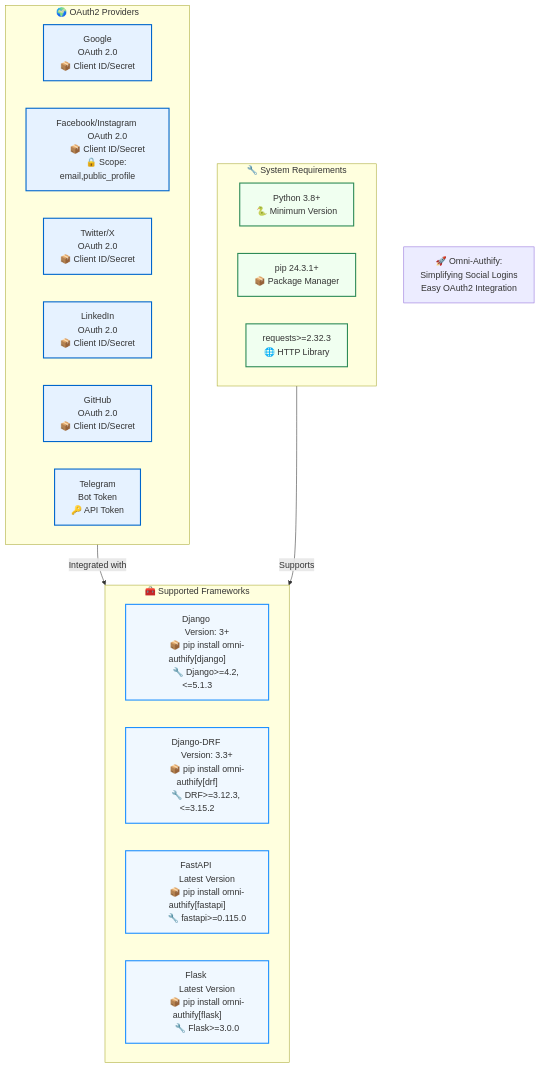
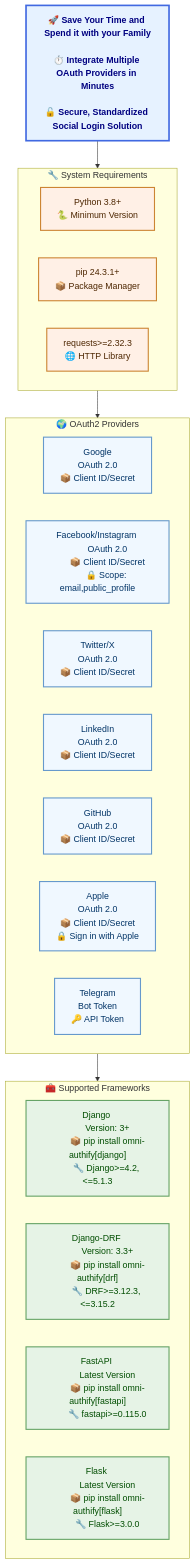
One commit to Omni-Libraries/omni-authify changed the diagram in README.md. Above: the diagram before and after it, drawn with Mermaid. The commit also changed 7 other files, not shown here.

Commit message:
Updated the block diagram for more readability

````diff
--- a/README.md
+++ b/README.md
@@ -33,73 +33,77 @@
 ```mermaid
 flowchart TD
+    %% Value Proposition
+    valueProposition["🚀 Save Your Time and Spend it with your Family
+    <br/>⏱️ Integrate Multiple OAuth Providers in Minutes
+    <br/>🔓 Secure, Standardized Social Login Solution"]
+
+    %% System Requirements
+    subgraph Requirements ["🔧 System Requirements"]
+        python[" Python 3.8+
+        🐍 Minimum Version"]
+        pip[" pip 24.3.1+
+        📦 Package Manager"]
+        requests[" requests>=2.32.3
+        🌐 HTTP Library"]
+    end
     %% Providers Subgraph
     subgraph Providers ["🌍 OAuth2 Providers"]
         google[" Google 
         OAuth 2.0
         📦 Client ID/Secret"]
         facebook[" Facebook/Instagram 
         OAuth 2.0
         📦 Client ID/Secret
         🔒 Scope: email,public_profile"]
         twitter[" Twitter/X 
         OAuth 2.0
         📦 Client ID/Secret"]
         linkedin[" LinkedIn 
         OAuth 2.0
         📦 Client ID/Secret"]
         github[" GitHub 
         OAuth 2.0
         📦 Client ID/Secret"]
+        apple[" Apple 
+        OAuth 2.0
+        📦 Client ID/Secret
+        🔒 Sign in with Apple"]
         telegram[" Telegram 
         Bot Token
         🔑 API Token"]
     end
-
     %% Frameworks Subgraph
     subgraph Frameworks ["🧰 Supported Frameworks"]
         django[" Django 
         Version: 3+
         📦 pip install omni-authify[django]
         🔧 Django>=4.2, <=5.1.3"]
         djangoDRF[" Django-DRF 
         Version: 3.3+
         📦 pip install omni-authify[drf]
         🔧 DRF>=3.12.3, <=3.15.2"]
         fastapi[" FastAPI 
         Latest Version
         📦 pip install omni-authify[fastapi]
         🔧 fastapi>=0.115.0"]
         flask[" Flask 
         Latest Version
         📦 pip install omni-authify[flask]
         🔧 Flask>=3.0.0"]
     end
-
-    %% System Requirements
-    subgraph Requirements ["🔧 System Requirements"]
-        python[" Python 3.8+
-        🐍 Minimum Version"]
-        pip[" pip 24.3.1+
-        📦 Package Manager"]
-        requests[" requests>=2.32.3
-        🌐 HTTP Library"]
-    end
-
     %% Connections
-    Providers --> |Integrated with| Frameworks
-    Requirements --> |Supports| Frameworks
+    valueProposition --> Requirements
+    Requirements --> Providers
+    Providers --> Frameworks
     
     %% Styling
-    classDef providerStyle fill:#e6f2ff,stroke:#0066cc,stroke-width:2px;
-    classDef frameworkStyle fill:#f0f8ff,stroke:#1e90ff,stroke-width:2px;
-    classDef requirementsStyle fill:#f0fff0,stroke:#2e8b57,stroke-width:2px;
+    classDef providerStyle fill:#f0f8ff,color:#003366,stroke:#6699cc,stroke-width:2px;
+    classDef frameworkStyle fill:#e6f3e6,color:#004d00,stroke:#66a366,stroke-width:2px;
+    classDef requirementsStyle fill:#fff0e6,color:#4d2600,stroke:#cc8533,stroke-width:2px;
+    classDef valuePropositionStyle fill:#e6f2ff,color:#000080,stroke:#4169e1,stroke-width:3px,font-weight:bold;
     
-    class google,facebook,twitter,linkedin,github,telegram providerStyle;
+    class google,facebook,twitter,linkedin,github,apple,telegram providerStyle;
     class django,djangoDRF,fastapi,flask frameworkStyle;
     class python,pip,requests requirementsStyle;
-
-    %% Additional Info
-    notes["🚀 Omni-Authify: 
-    Simplifying Social Logins
-    Easy OAuth2 Integration"]
+    class valueProposition valuePropositionStyle;
 ```
````
